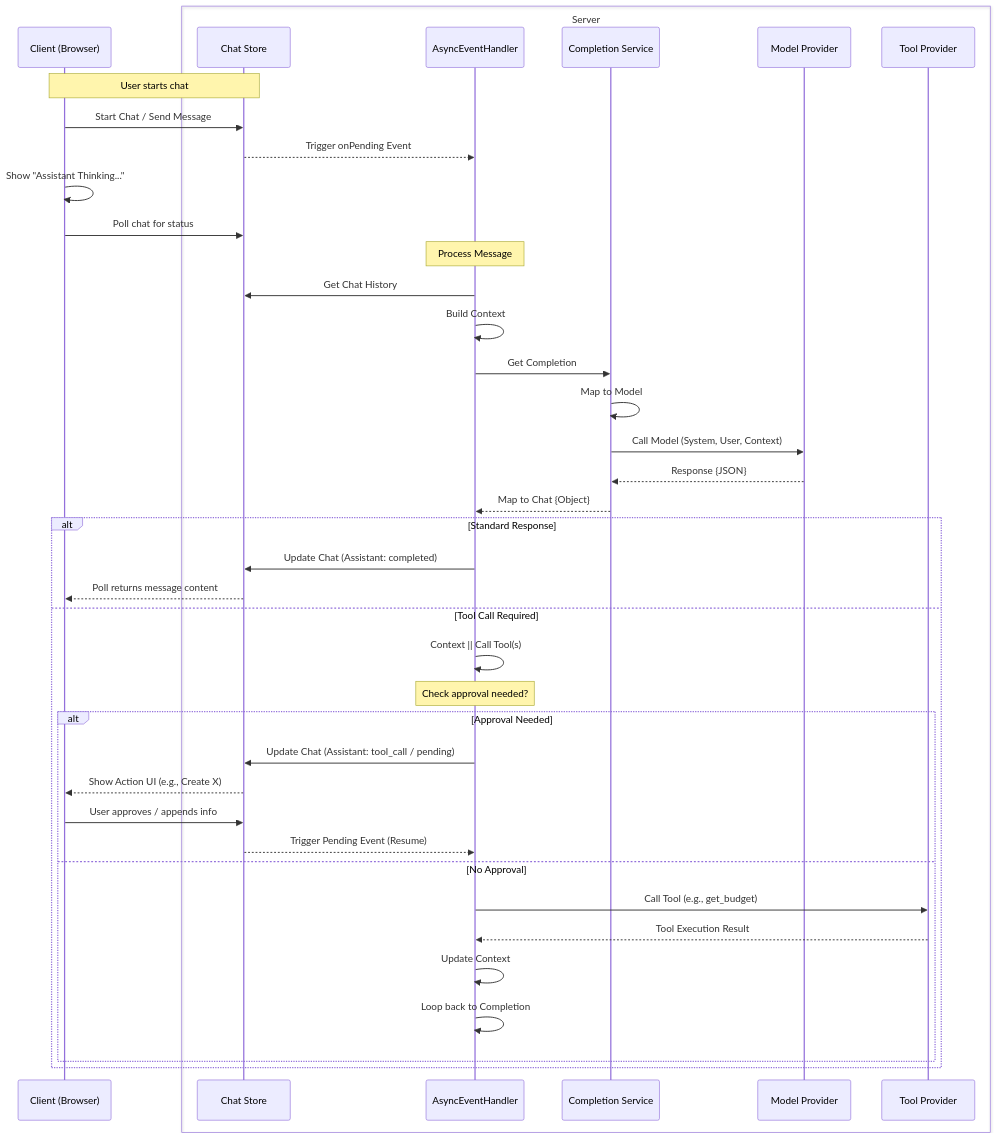
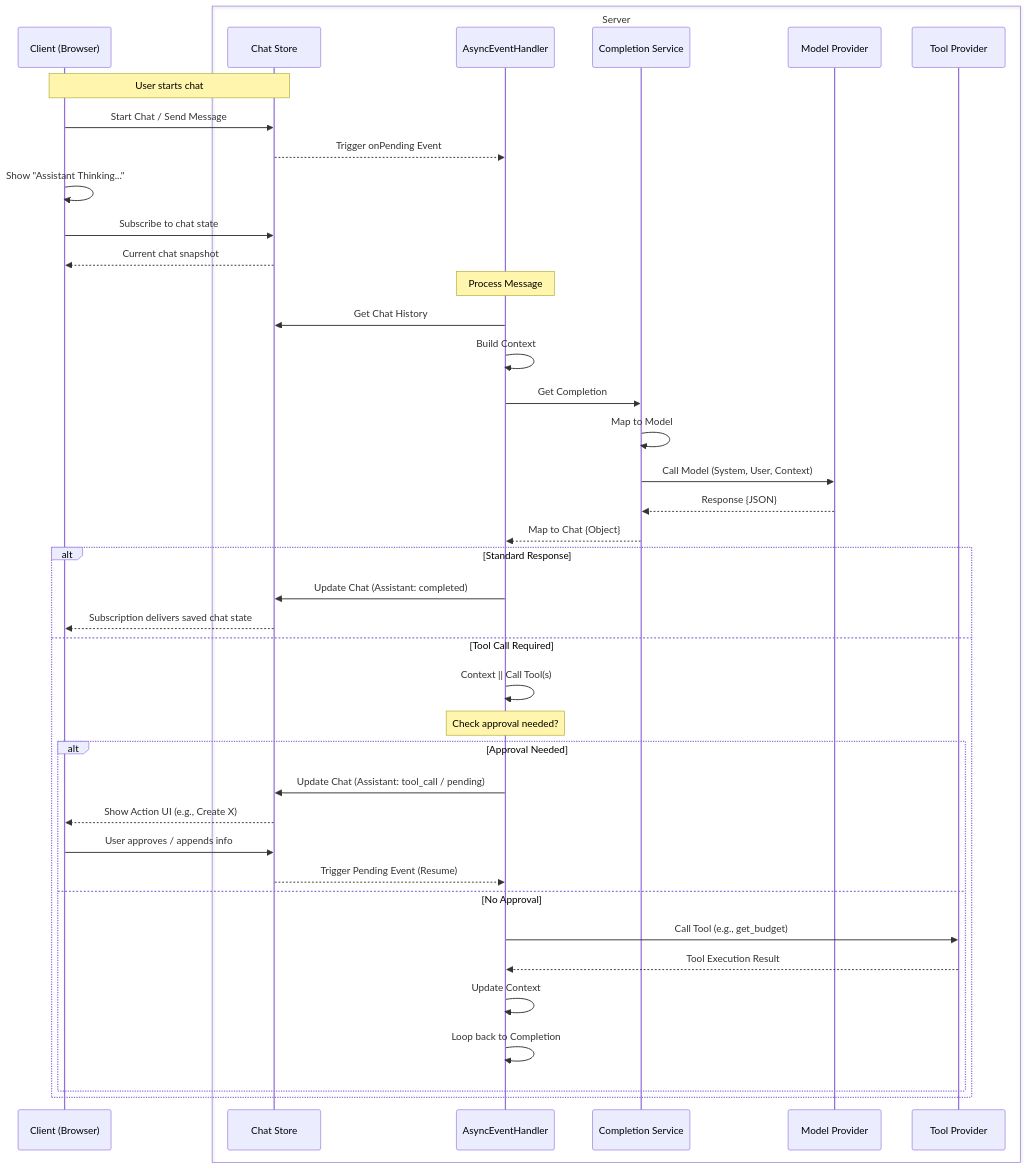
The diagram in projects/mops/service/src/main/java/lab/mops/ai/README.md (jackvincentnz/lab), drawn with Mermaid before and after one commit. The commit also changed 28 other files, not shown here.

Commit message:
feat(mops): stream chat updates through GraphQL subscriptions

````diff
--- a/projects/mops/service/src/main/java/lab/mops/ai/README.md
+++ b/projects/mops/service/src/main/java/lab/mops/ai/README.md
@@ -3,48 +3,49 @@
 ```mermaid
 sequenceDiagram
     participant C as Client (Browser)
     box Server
         participant Chat as Chat Store
         participant AEH as AsyncEventHandler
         participant CS as Completion Service
         participant MP as Model Provider
         participant TP as Tool Provider
     end
 
     Note over C, Chat: User starts chat
     C->>Chat: Start Chat / Send Message
     Chat-->>AEH: Trigger onPending Event
 
     C->>C: Show "Assistant Thinking..."
-    C->>Chat: Poll chat for status
+    C->>Chat: Subscribe to chat state
+    Chat-->>C: Current chat snapshot
 
     Note over AEH: Process Message
     AEH->>Chat: Get Chat History
     AEH->>AEH: Build Context
 
     AEH->>CS: Get Completion
     CS->>CS: Map to Model
     CS->>MP: Call Model (System, User, Context)
     MP-->>CS: Response {JSON}
     CS-->>AEH: Map to Chat {Object}
 
     alt Standard Response
         AEH->>Chat: Update Chat (Assistant: completed)
-        Chat-->>C: Poll returns message content
+        Chat-->>C: Subscription delivers saved chat state
     else Tool Call Required
         AEH->>AEH: Context || Call Tool(s)
 
         Note over AEH: Check approval needed?
         alt Approval Needed
             AEH->>Chat: Update Chat (Assistant: tool_call / pending)
             Chat-->>C: Show Action UI (e.g., Create X)
             C->>Chat: User approves / appends info
             Chat-->>AEH: Trigger Pending Event (Resume)
         else No Approval
             AEH->>TP: Call Tool (e.g., get_budget)
             TP-->>AEH: Tool Execution Result
             AEH->>AEH: Update Context
             AEH->>AEH: Loop back to Completion
         end
     end
 ```
````
